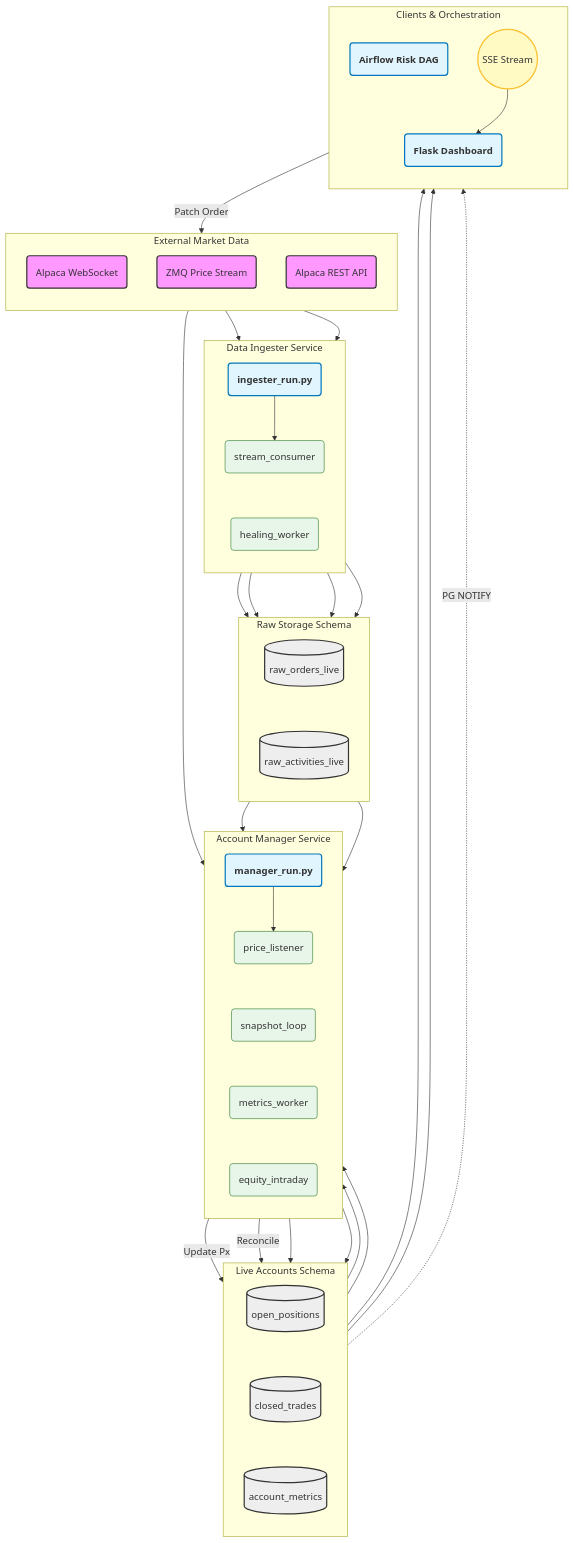
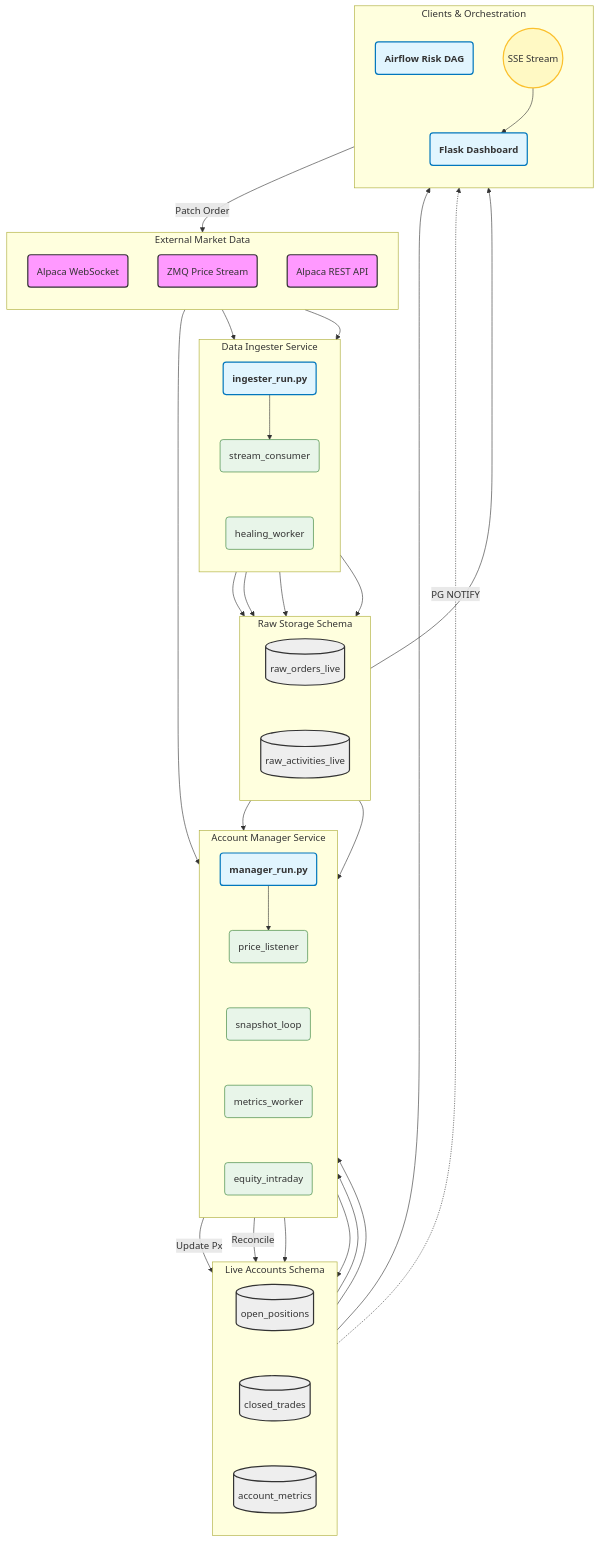
The diagram in README.md (EvMossan/cold-harbor-manager), drawn with Mermaid before and after one commit. The commit also changed 1 other file, not shown here.

Commit message:
modified:   README.md 	modified:   docs/risk_manager.md

```diff
--- a/README.md
+++ b/README.md
@@ -148,8 +148,8 @@
     MetricsWork --> TblMetrics
     EquityWork --> TblLive
 
-    %% Risk Manager Flow
-    TblLive --> RiskDAG
+    %% Risk Manager Flow (Reads RAW for independence)
+    RawOrders --> RiskDAG
     RiskDAG -- Patch Order --> AlpacaREST
 
     %% Web Flow
```
